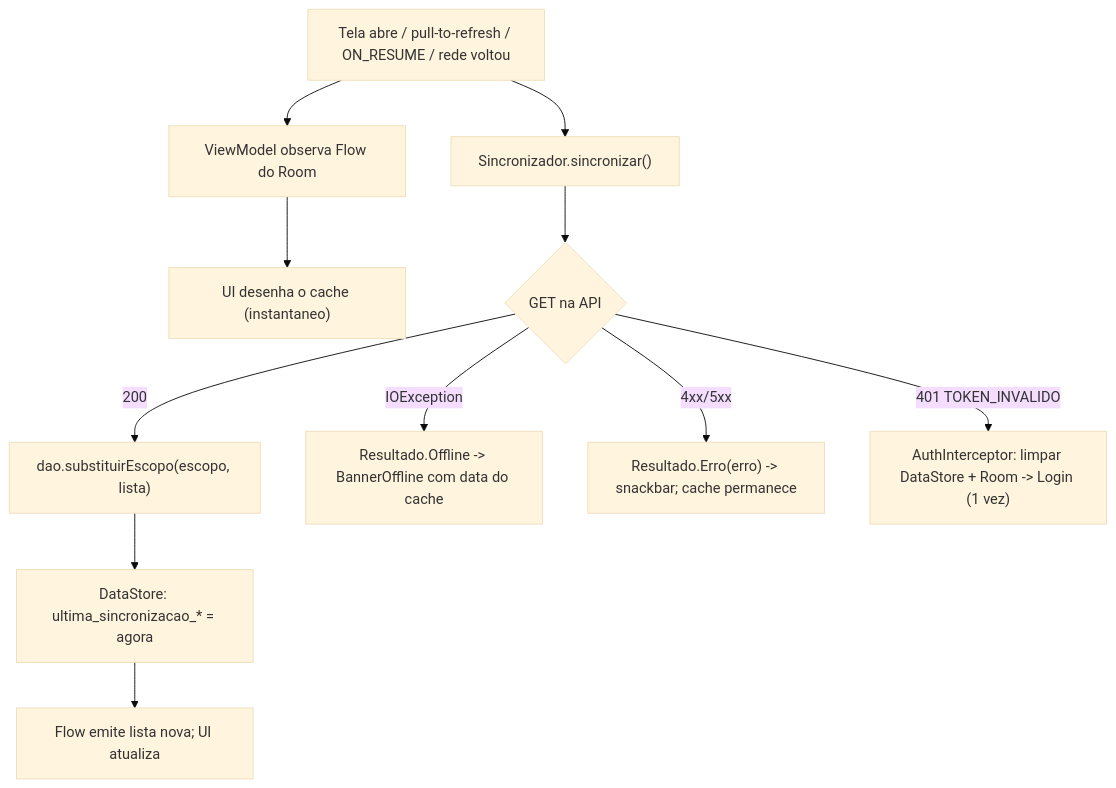
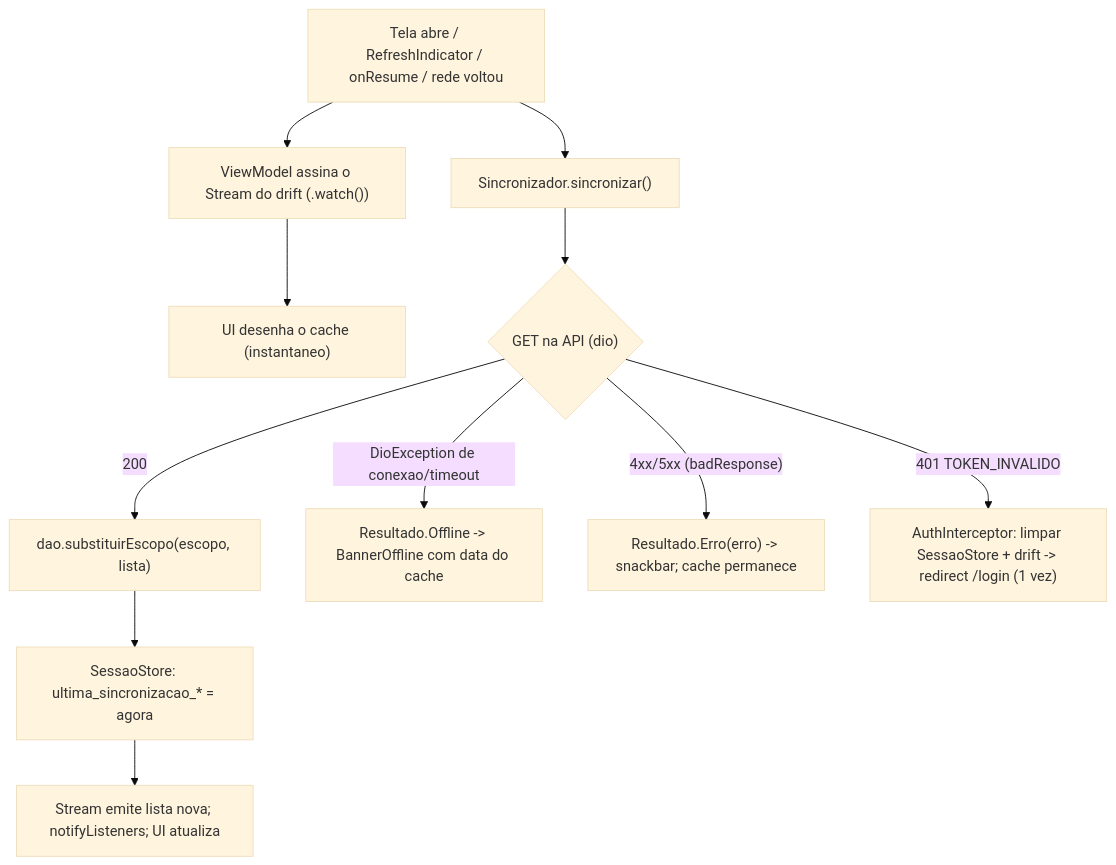
The diagram in docs/12-persistencia-local.md (DEVigodE/so-mais-uma), drawn with Mermaid (base theme) before and after one commit. The commit also changed other lines of this file and 25 other files, not shown here.

````diff
--- a/docs/12-persistencia-local.md
+++ b/docs/12-persistencia-local.md
@@ -236,13 +321,13 @@
 ```mermaid
 flowchart TD
-    A["Tela abre / pull-to-refresh / ON_RESUME / rede voltou"] --> B["ViewModel observa Flow do Room"]
+    A["Tela abre / RefreshIndicator / onResume / rede voltou"] --> B["ViewModel assina o Stream do drift (.watch())"]
     B --> C["UI desenha o cache (instantaneo)"]
     A --> D["Sincronizador.sincronizar()"]
-    D --> E{"GET na API"}
+    D --> E{"GET na API (dio)"}
     E -- "200" --> F["dao.substituirEscopo(escopo, lista)"]
-    F --> G["DataStore: ultima_sincronizacao_* = agora"]
-    G --> H["Flow emite lista nova; UI atualiza"]
-    E -- "IOException" --> I["Resultado.Offline -> BannerOffline com data do cache"]
-    E -- "4xx/5xx" --> J["Resultado.Erro(erro) -> snackbar; cache permanece"]
-    E -- "401 TOKEN_INVALIDO" --> K["AuthInterceptor: limpar DataStore + Room -> Login (1 vez)"]
+    F --> G["SessaoStore: ultima_sincronizacao_* = agora"]
+    G --> H["Stream emite lista nova; notifyListeners; UI atualiza"]
+    E -- "DioException de conexao/timeout" --> I["Resultado.Offline -> BannerOffline com data do cache"]
+    E -- "4xx/5xx (badResponse)" --> J["Resultado.Erro(erro) -> snackbar; cache permanece"]
+    E -- "401 TOKEN_INVALIDO" --> K["AuthInterceptor: limpar SessaoStore + drift -> redirect /login (1 vez)"]
 ```
````
